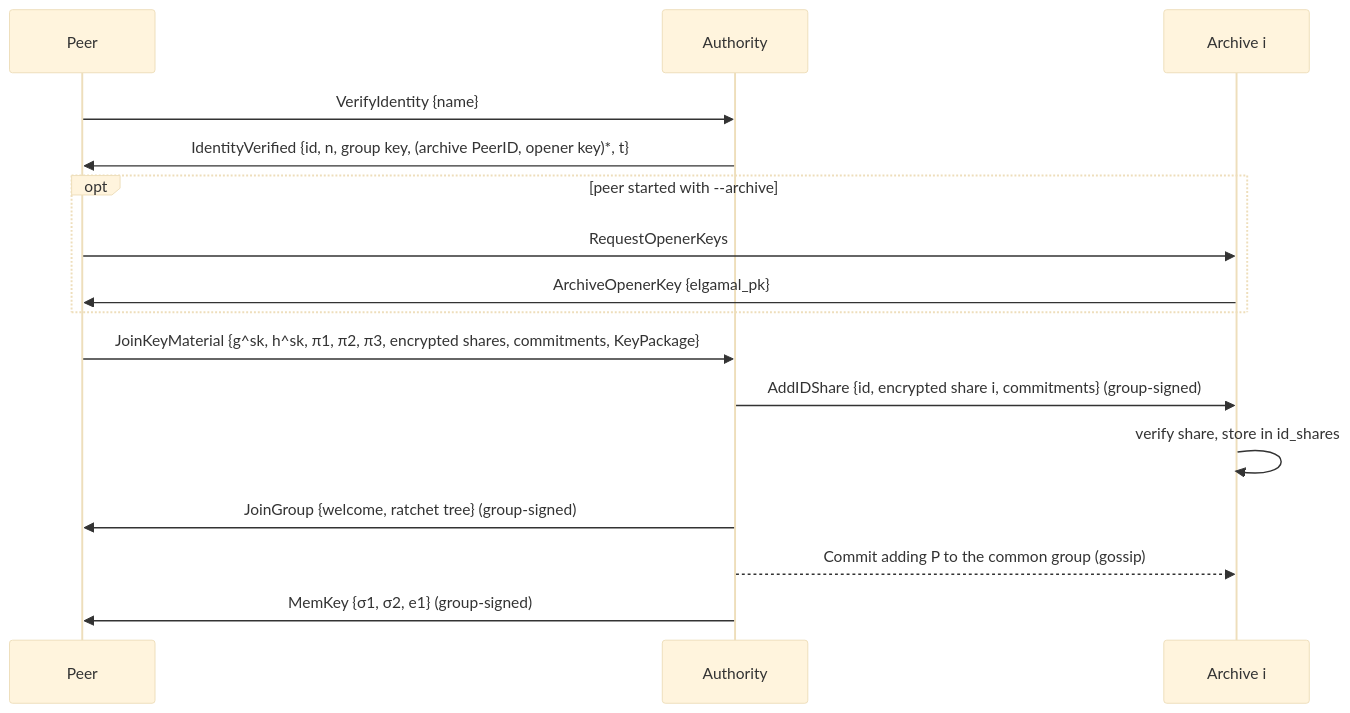
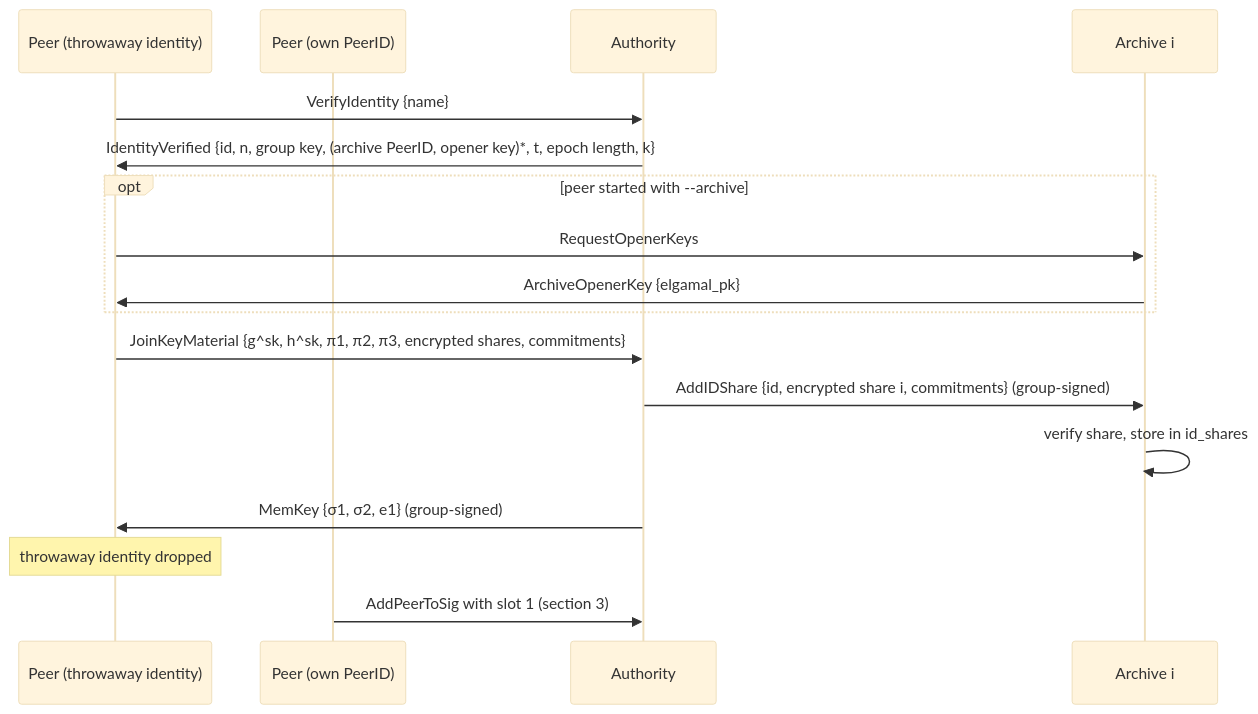
The diagram in docs/PROTOCOL.md (VeroSec/DACTIE), drawn with Mermaid (base theme) before and after one commit. The commit also changed other lines of this file and 11 other files, not shown here.

First line of the commit message:
Join from a throwaway identity, so the AA links no sharing PeerID to a name

````diff
--- a/docs/PROTOCOL.md
+++ b/docs/PROTOCOL.md
@@ -84,18 +86,19 @@
 ```mermaid
 sequenceDiagram
-    participant P as Peer
+    participant T as Peer (throwaway identity)
+    participant P as Peer (own PeerID)
     participant AA as Authority
     participant A as Archive i
-    P->>AA: VerifyIdentity {name}
-    AA->>P: IdentityVerified {id, n, group key, (archive PeerID, opener key)*, t}
+    T->>AA: VerifyIdentity {name}
+    AA->>T: IdentityVerified {id, n, group key, (archive PeerID, opener key)*, t, epoch length, k}
     opt peer started with --archive
-        P->>A: RequestOpenerKeys
-        A->>P: ArchiveOpenerKey {elgamal_pk}
+        T->>A: RequestOpenerKeys
+        A->>T: ArchiveOpenerKey {elgamal_pk}
     end
-    P->>AA: JoinKeyMaterial {g^sk, h^sk, π1, π2, π3, encrypted shares, commitments, KeyPackage}
+    T->>AA: JoinKeyMaterial {g^sk, h^sk, π1, π2, π3, encrypted shares, commitments}
     AA->>A: AddIDShare {id, encrypted share i, commitments} (group-signed)
     A->>A: verify share, store in id_shares
-    AA->>P: JoinGroup {welcome, ratchet tree} (group-signed)
-    AA-->>A: Commit adding P to the common group (gossip)
-    AA->>P: MemKey {σ1, σ2, e1} (group-signed)
+    AA->>T: MemKey {σ1, σ2, e1} (group-signed)
+    Note over T: throwaway identity dropped
+    P->>AA: AddPeerToSig with slot 1 (section 3)
 ```
````
